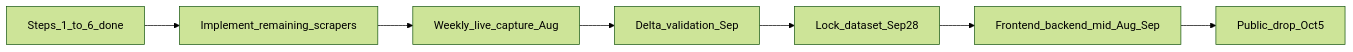
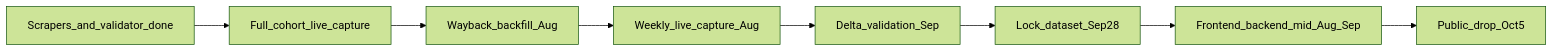
One commit to salutethegenius/bahamasopendata changed the diagram in intel/HANDOFF.md. Above: the diagram before and after it, drawn with Mermaid (forest theme). The commit also changed other lines of this file and 11 other files, not shown here.

First line of the commit message:
Add delta validation, methodology, and harden web capture scrapers.

````diff
--- a/intel/HANDOFF.md
+++ b/intel/HANDOFF.md
@@ -94,9 +107,10 @@
 ```mermaid
 flowchart LR
-  done["Steps_1_to_6_done"] --> next["Implement_remaining_scrapers"]
-  next --> capture["Weekly_live_capture_Aug"]
-  capture --> validate["Delta_validation_Sep"]
+  scrapersDone["Scrapers_and_validator_done"] --> cohortCapture["Full_cohort_live_capture"]
+  cohortCapture --> wayback["Wayback_backfill_Aug"]
+  wayback --> weekly["Weekly_live_capture_Aug"]
+  weekly --> validate["Delta_validation_Sep"]
   validate --> freeze["Lock_dataset_Sep28"]
   freeze --> surface["Frontend_backend_mid_Aug_Sep"]
   surface --> release["Public_drop_Oct5"]
 ```
````
